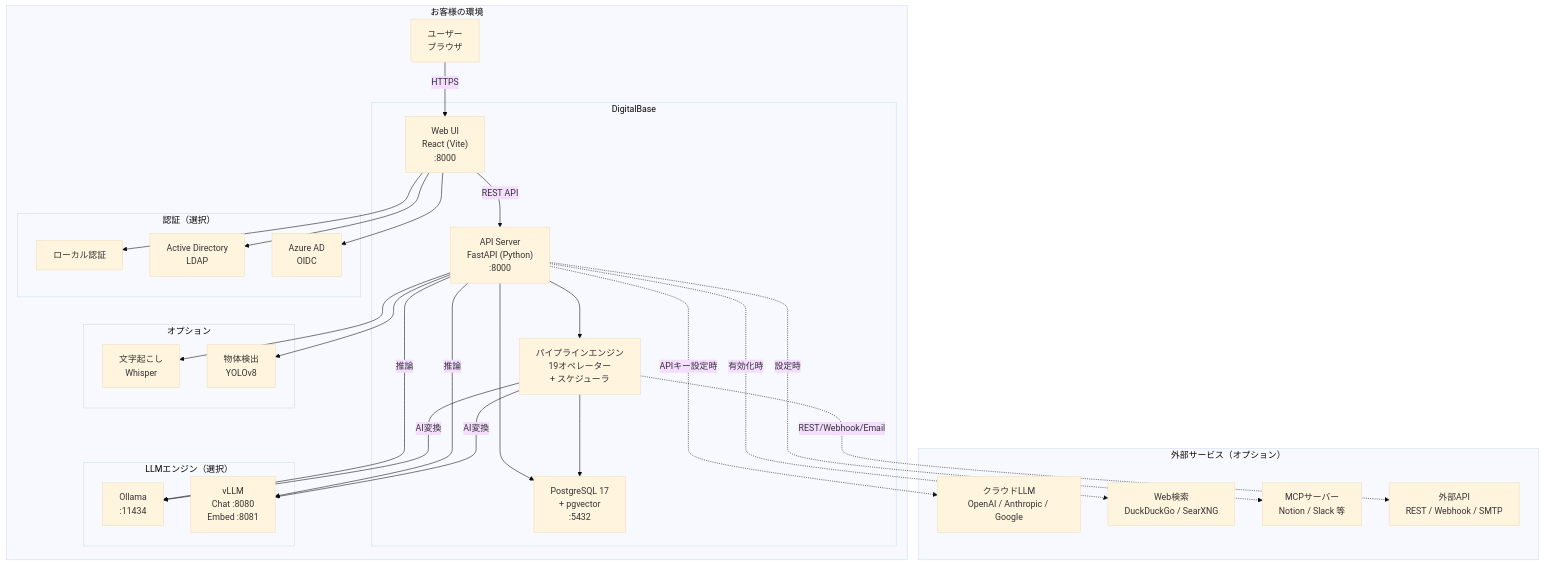
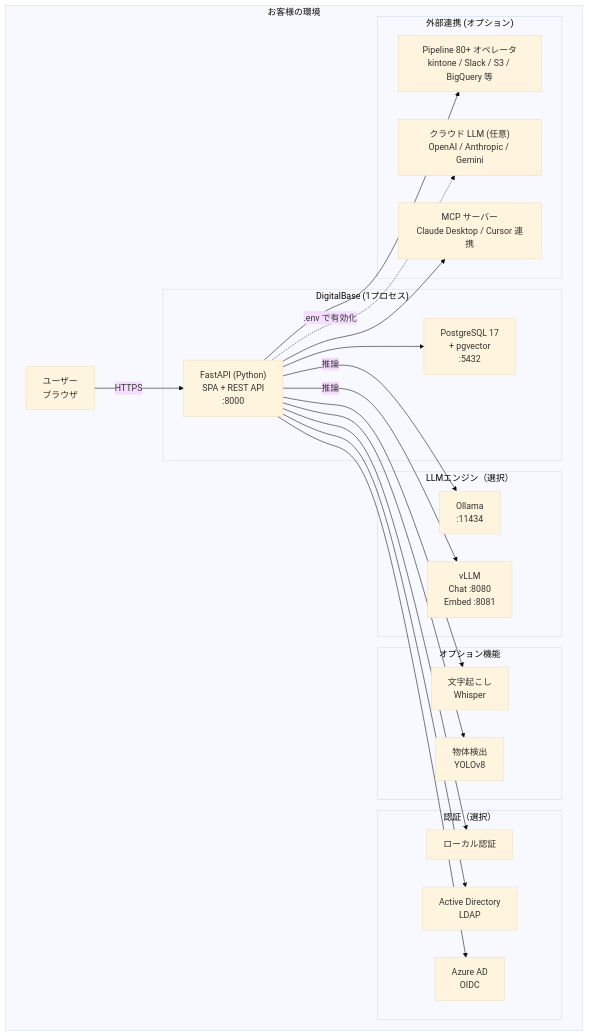
The first of 5 diagrams in docs/src/17_システム構成図.md (lmlight-app/dist_vite), drawn with Mermaid (base theme) before and after one commit. The commit also changed other lines of this file and 58 other files, not shown here.

First line of the commit message:
Rebrand LM Light to DigitalBase and update docs

````diff
--- a/docs/src/17_システム構成図.md
+++ b/docs/src/17_システム構成図.md
@@ -13,56 +13,46 @@
 ```mermaid
 graph TB
     subgraph "お客様の環境"
         User["ユーザー<br/>ブラウザ"]
 
-        subgraph "DigitalBase"
-            Web["Web UI<br/>React (Vite)<br/>:8000"]
-            API["API Server<br/>FastAPI (Python)<br/>:8000"]
+        subgraph "DigitalBase (1プロセス)"
+            App["FastAPI (Python)<br/>SPA + REST API<br/>:8000"]
             DB["PostgreSQL 17<br/>+ pgvector<br/>:5432"]
-            Pipeline["パイプラインエンジン<br/>19オペレーター<br/>+ スケジューラ"]
         end
 
         subgraph "LLMエンジン（選択）"
             Ollama["Ollama<br/>:11434"]
             vLLM["vLLM<br/>Chat :8080<br/>Embed :8081"]
         end
 
-        subgraph "オプション"
+        subgraph "オプション機能"
             Whisper["文字起こし<br/>Whisper"]
             YOLO["物体検出<br/>YOLOv8"]
         end
 
         subgraph "認証（選択）"
             Local["ローカル認証"]
             AD["Active Directory<br/>LDAP"]
             Azure["Azure AD<br/>OIDC"]
         end
 
-        User -->|HTTPS| Web
-        Web -->|REST API| API
-        API --> DB
-        API -->|推論| Ollama
-        API -->|推論| vLLM
-        API --> Whisper
-        API --> YOLO
-        API --> Pipeline
-        Pipeline --> DB
-        Pipeline -->|AI変換| Ollama
-        Pipeline -->|AI変換| vLLM
-        Web --> Local
-        Web --> AD
-        Web --> Azure
+        subgraph "外部連携 (オプション)"
+            Pipeline["Pipeline 80+ オペレータ<br/>kintone / Slack / S3 / BigQuery 等"]
+            MCP["MCP サーバー<br/>Claude Desktop / Cursor 連携"]
+            Cloud["クラウド LLM (任意)<br/>OpenAI / Anthropic / Gemini"]
+        end
+
+        User -->|HTTPS| App
+        App --> DB
+        App -->|推論| Ollama
+        App -->|推論| vLLM
+        App -.->|.env で有効化| Cloud
+        App --> Whisper
+        App --> YOLO
+        App --> Local
+        App --> AD
+        App --> Azure
+        App --> Pipeline
+        App --> MCP
     end
-
-    subgraph "外部サービス（オプション）"
-        Cloud["クラウドLLM<br/>OpenAI / Anthropic / Google"]
-        WebSearch["Web検索<br/>DuckDuckGo / SearXNG"]
-        MCP["MCPサーバー<br/>Notion / Slack 等"]
-        ExtAPI["外部API<br/>REST / Webhook / SMTP"]
-    end
-
-    API -.->|APIキー設定時| Cloud
-    API -.->|有効化時| WebSearch
-    API -.->|設定時| MCP
-    Pipeline -.->|REST/Webhook/Email| ExtAPI
 ```
````
